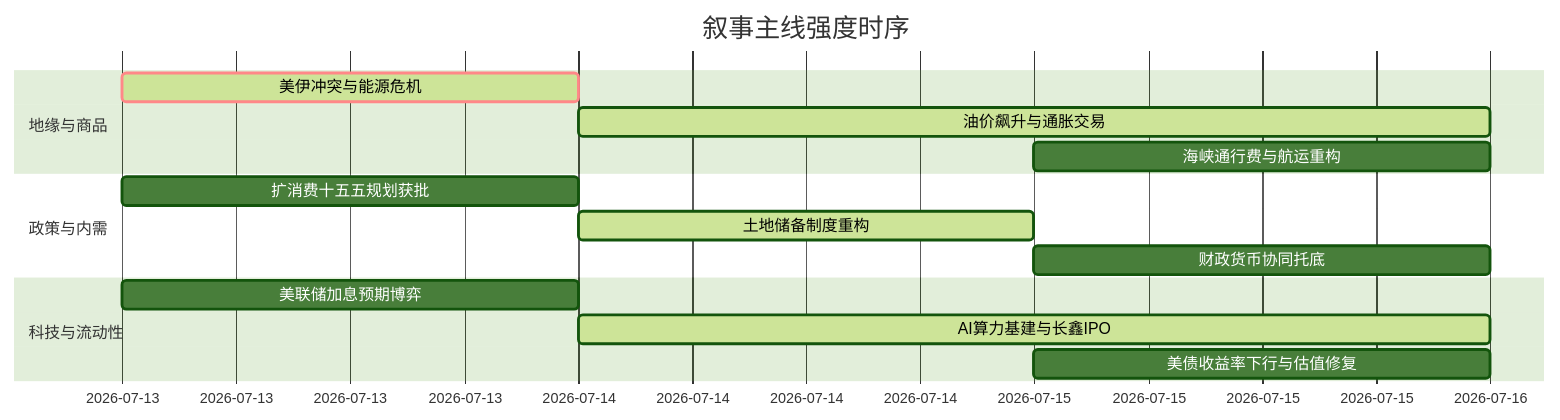
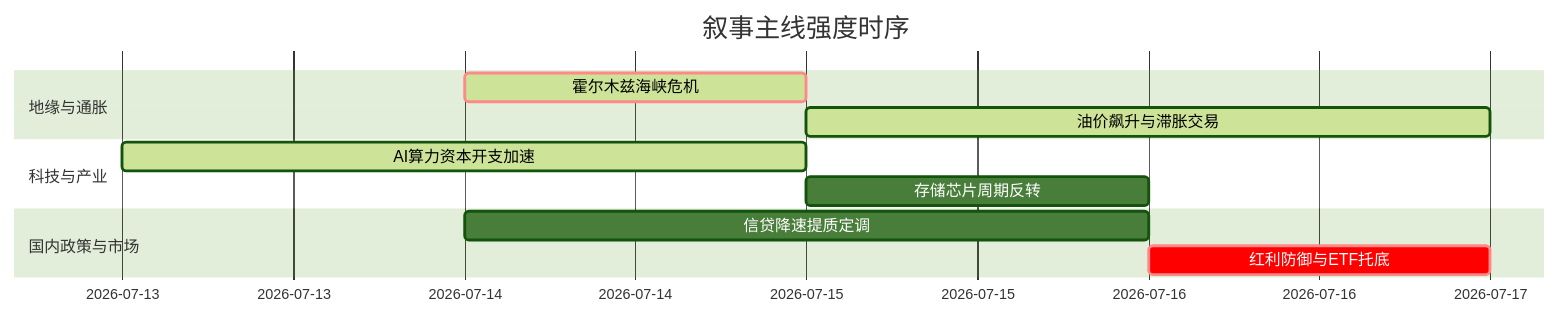
Before and after one commit to uu5zn/uu5zn.github.io: the diagram in 5day_report.md, drawn with Mermaid (forest theme). The commit also changed other lines of this file and 25 other files, not shown here.

````diff
--- a/5day_report.md
+++ b/5day_report.md
@@ -55,19 +55,16 @@
 ```mermaid
 gantt
     title 叙事主线强度时序
     dateFormat  YYYY-MM-DD
-    section 地缘与商品
-    美伊冲突与能源危机   :crit, active, 2026-07-13, 1d
-    油价飙升与通胀交易   :active, 2026-07-14, 2d
-    海峡通行费与航运重构   :2026-07-15, 1d
+    section 地缘与通胀
+    霍尔木兹海峡危机   :crit, active, 2026-07-14, 1d
+    油价飙升与滞胀交易   :active, 2026-07-15, 2d
     
-    section 政策与内需
-    扩消费十五五规划获批   :2026-07-13, 1d
-    土地储备制度重构   :active, 2026-07-14, 1d
-    财政货币协同托底   :2026-07-15, 1d
-
-    section 科技与流动性
-    美联储加息预期博弈   :2026-07-13, 1d
-    AI算力基建与长鑫IPO   :active, 2026-07-14, 2d
-    美债收益率下行与估值修复   :2026-07-15, 1d
+    section 科技与产业
+    AI算力资本开支加速   :active, 2026-07-13, 2d
+    存储芯片周期反转   :2026-07-15, 1d
+    
+    section 国内政策与市场
+    信贷降速提质定调   :2026-07-14, 2d
+    红利防御与ETF托底   :crit, 2026-07-16, 1d
 ```
````
